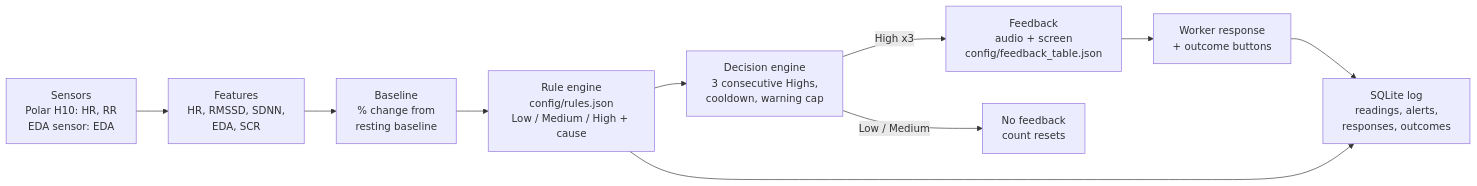
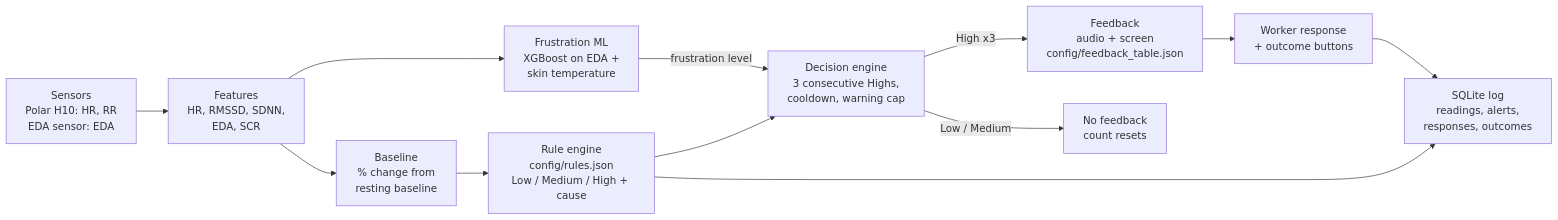
Before and after one commit to Doobligation/VIP_psychological_dashboard: the diagram in docs/TEAM3_FRUSTRATION_FATIGUE.md, drawn with Mermaid. The commit also changed other lines of this file and 25 other files, not shown here.

````diff
--- a/docs/TEAM3_FRUSTRATION_FATIGUE.md
+++ b/docs/TEAM3_FRUSTRATION_FATIGUE.md
@@ -14,12 +14,14 @@
 ```mermaid
 flowchart LR
   A["Sensors<br/>Polar H10: HR, RR<br/>EDA sensor: EDA"] --> B["Features<br/>HR, RMSSD, SDNN,<br/>EDA, SCR"]
   B --> C["Baseline<br/>% change from<br/>resting baseline"]
   C --> D["Rule engine<br/>config/rules.json<br/>Low / Medium / High + cause"]
+  B --> M["Frustration ML<br/>XGBoost on EDA +<br/>skin temperature"]
+  M -->|frustration level| E
   D --> E["Decision engine<br/>3 consecutive Highs,<br/>cooldown, warning cap"]
   E -->|High x3| F["Feedback<br/>audio + screen<br/>config/feedback_table.json"]
   E -->|Low / Medium| G["No feedback<br/>count resets"]
   F --> H["Worker response<br/>+ outcome buttons"]
   H --> I["SQLite log<br/>readings, alerts,<br/>responses, outcomes"]
   D --> I
 ```
````
